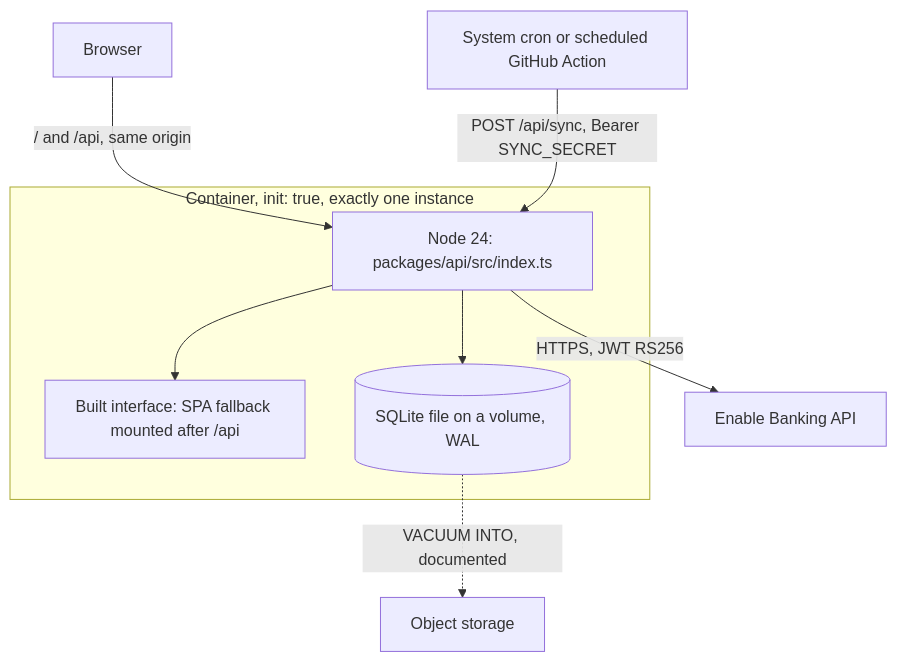
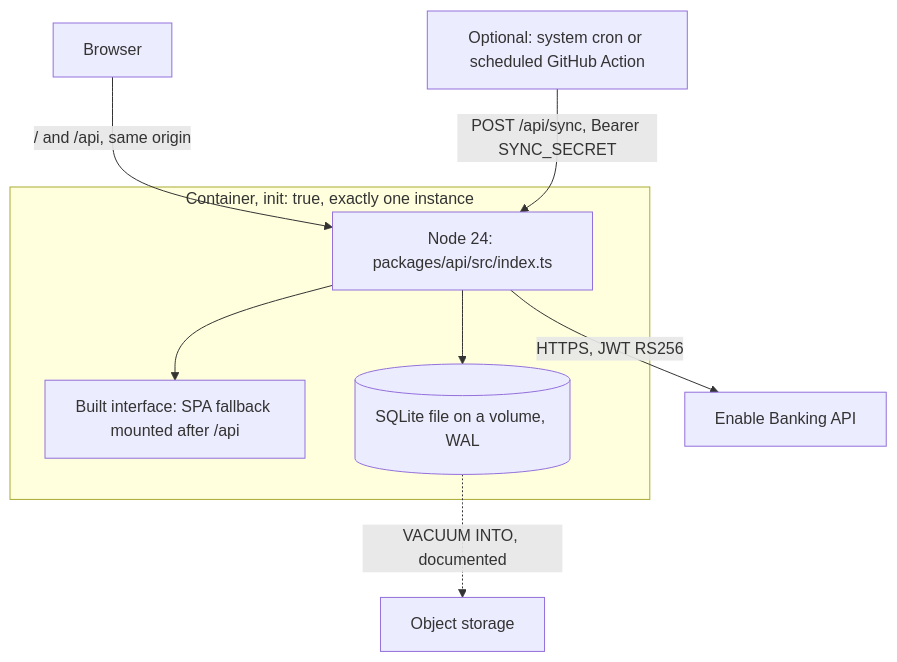
One commit to leger-dosage/archant changed the third of 3 diagrams in _bmad-output/planning-artifacts/architecture/architecture-archant-2026-09-21/ARCHITECTURE-SPINE.md. Above: the diagram before and after it, drawn with Mermaid. The commit also changed other lines of this file and 3 other files, not shown here.

````diff
--- a/_bmad-output/planning-artifacts/architecture/architecture-archant-2026-09-21/ARCHITECTURE-SPINE.md
+++ b/_bmad-output/planning-artifacts/architecture/architecture-archant-2026-09-21/ARCHITECTURE-SPINE.md
@@ -266,13 +266,13 @@
 ```mermaid
 graph TB
   subgraph container["Container, init: true, exactly one instance"]
     node["Node 24: packages/api/src/index.ts"]
     static["Built interface: SPA fallback mounted after /api"]
     node --> static
     node --> db[("SQLite file on a volume, WAL")]
   end
   browser["Browser"] -->|"/ and /api, same origin"| node
-  cron["System cron or scheduled GitHub Action"] -->|"POST /api/sync, Bearer SYNC_SECRET"| node
+  cron["Optional: system cron or scheduled GitHub Action"] -->|"POST /api/sync, Bearer SYNC_SECRET"| node
   node -->|"HTTPS, JWT RS256"| eb["Enable Banking API"]
   db -.->|"VACUUM INTO, documented"| backup["Object storage"]
 ```
````
